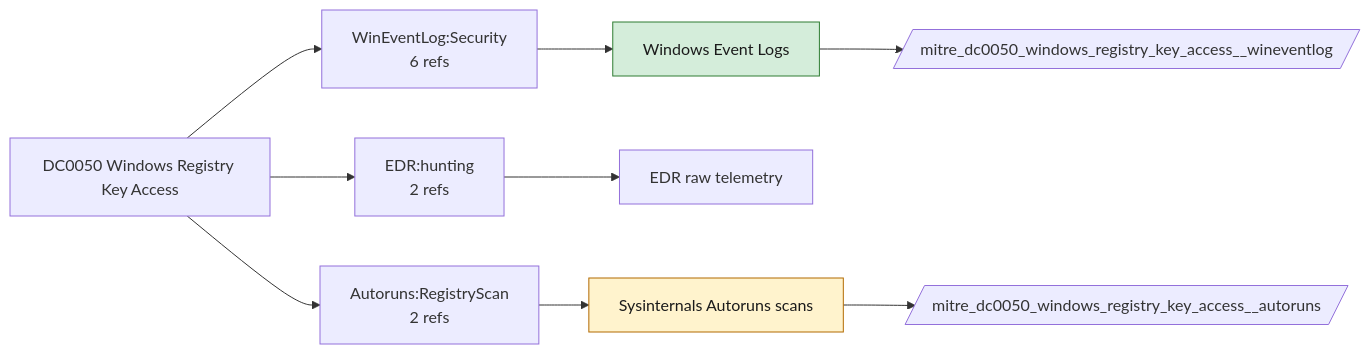
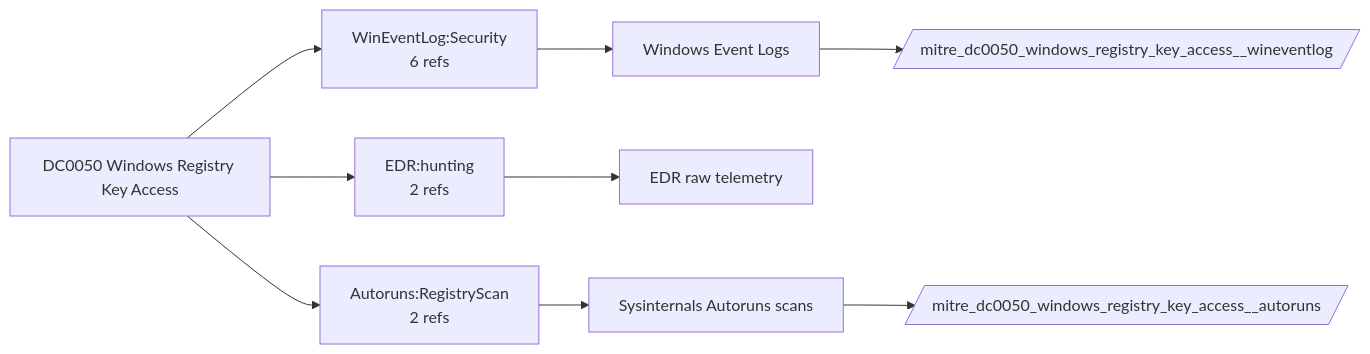
One commit to dev-nobytes-io/mitre-defensive-mappings-spl changed the diagram in docs/data-components/DC0050-windows-registry-key-access.md. Above: the diagram before and after it, drawn with Mermaid. The commit also changed other lines of this file and 366 other files, not shown here.

````diff
--- a/docs/data-components/DC0050-windows-registry-key-access.md
+++ b/docs/data-components/DC0050-windows-registry-key-access.md
@@ -19,19 +19,15 @@
 ```mermaid
 flowchart LR
   DC["DC0050 Windows Registry Key Access"]
   DC --> LS0["WinEventLog:Security<br/>6 refs"]
   F_wineventlog["Windows Event Logs"]
   LS0 --> F_wineventlog
   DC --> LS1["EDR:hunting<br/>2 refs"]
   F_edr_telemetry["EDR raw telemetry"]
   LS1 --> F_edr_telemetry
   DC --> LS2["Autoruns:RegistryScan<br/>2 refs"]
   F_autoruns["Sysinternals Autoruns scans"]
   LS2 --> F_autoruns
+  F_autoruns --> ET_autoruns[/"mitre_dc0050_windows_registry_key_access__autoruns"/]
   F_wineventlog --> ET_wineventlog[/"mitre_dc0050_windows_registry_key_access__wineventlog"/]
-  class F_wineventlog live
-  F_autoruns --> ET_autoruns[/"mitre_dc0050_windows_registry_key_access__autoruns"/]
-  class F_autoruns ready
-  classDef live fill:#d4edda,stroke:#2e7d32,color:#1b1b1b
-  classDef ready fill:#fff3cd,stroke:#b26a00,color:#1b1b1b
 ```
````
